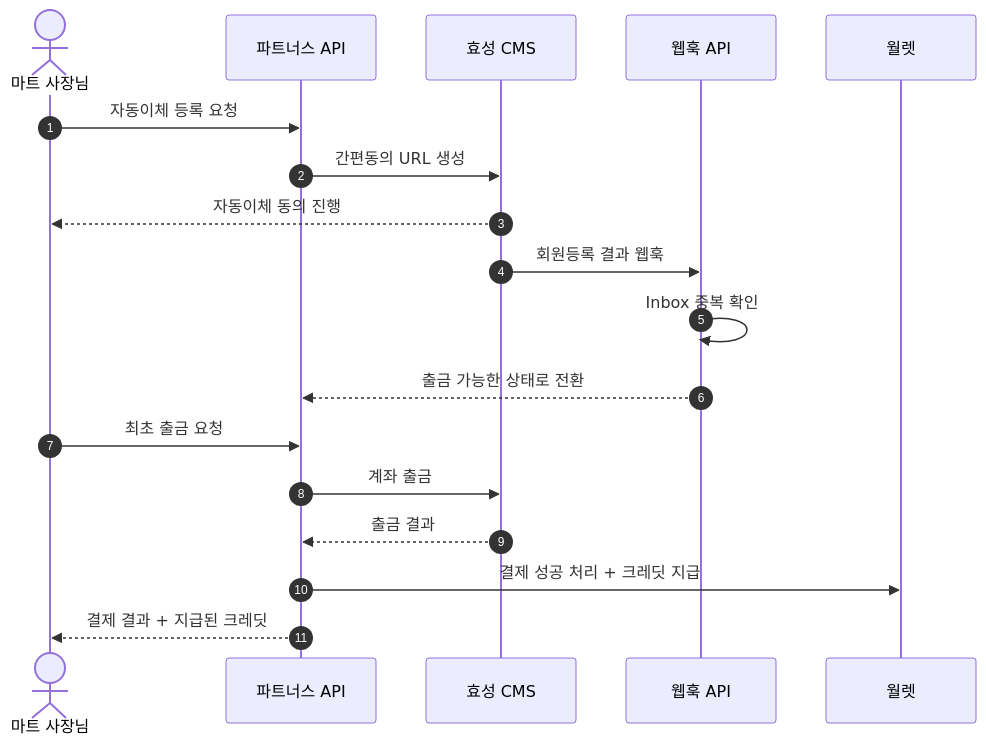
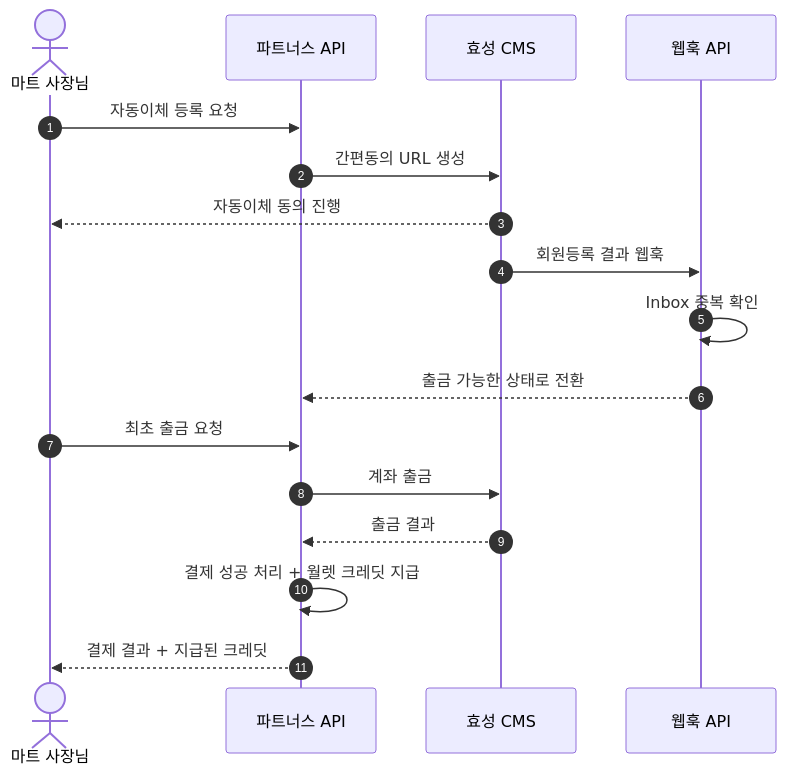
One commit to maruhxn/portfolio changed the first of 3 diagrams in content/projects/wallet.md. Above: the diagram before and after it, drawn with Mermaid.

Commit message:
content: 월렛 시퀀스 다이어그램의 크레딧 지급 주체를 파트너스 API로 정정
결제 성공 처리와 크레딧 지급이 모두 파트너스 API에서 이루어지므로
월렛으로 향하던 화살표를 자기 호출로 바꾸고, 상호작용이 없어진
월렛 participant를 제거.

````diff
--- a/content/projects/wallet.md
+++ b/content/projects/wallet.md
@@ -9,21 +9,20 @@
 ```mermaid
 sequenceDiagram
     autonumber
     actor Mart as 마트 사장님
     participant API as 파트너스 API
     participant CMS as 효성 CMS
     participant Webhook as 웹훅 API
-    participant Wallet as 월렛
 
     Mart ->> API: 자동이체 등록 요청
     API ->> CMS: 간편동의 URL 생성
     CMS -->> Mart: 자동이체 동의 진행
     CMS ->> Webhook: 회원등록 결과 웹훅
     Webhook ->> Webhook: Inbox 중복 확인
     Webhook -->> API: 출금 가능한 상태로 전환
     Mart ->> API: 최초 출금 요청
     API ->> CMS: 계좌 출금
     CMS -->> API: 출금 결과
-    API ->> Wallet: 결제 성공 처리 + 크레딧 지급
+    API ->> API: 결제 성공 처리 + 월렛 크레딧 지급
     API -->> Mart: 결제 결과 + 지급된 크레딧
 ```
````
